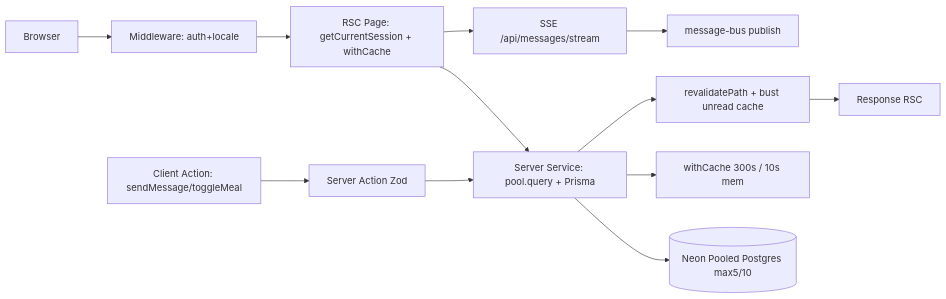
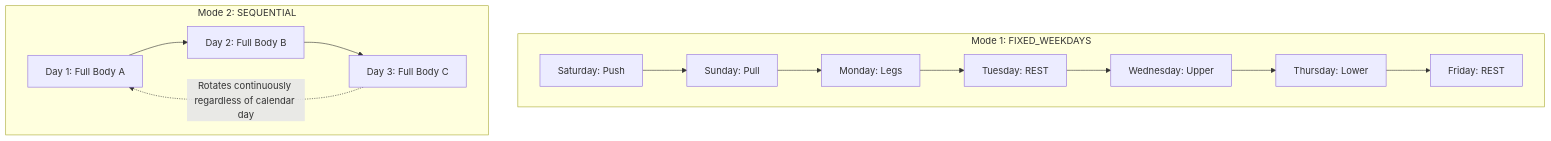
Before and after one commit to adelahmeddev/CoachFlow: the seventh of 13 diagrams in TECHNICAL.md, drawn with Mermaid. The commit also changed other lines of this file and 17 other files, not shown here.

````diff
--- a/TECHNICAL.md
+++ b/TECHNICAL.md
@@ -433,14 +784,17 @@
 ```mermaid
-flowchart LR
-  A[Browser] --> B[Middleware: auth+locale]
-  B --> C[RSC Page: getCurrentSession + withCache]
-  C --> D[Server Service: pool.query + Prisma]
-  D --> E[(Neon Pooled Postgres max5/10)]
-  D --> F[withCache 300s / 10s mem]
-  C --> G[SSE /api/messages/stream]
-  G --> H[message-bus publish]
-  I[Client Action: sendMessage/toggleMeal] --> J[Server Action Zod]
-  J --> D
-  D --> K[revalidatePath + bust unread cache]
-  K --> L[Response RSC]
+flowchart TD
+    subgraph Mode 1: FIXED_WEEKDAYS
+        F1[Saturday: Push] --> F2[Sunday: Pull]
+        F2 --> F3[Monday: Legs]
+        F3 --> F4[Tuesday: REST]
+        F4 --> F5[Wednesday: Upper]
+        F5 --> F6[Thursday: Lower]
+        F6 --> F7[Friday: REST]
+    end
+    
+    subgraph Mode 2: SEQUENTIAL
+        S1[Day 1: Full Body A] --> S2[Day 2: Full Body B]
+        S2 --> S3[Day 3: Full Body C]
+        S3 -.->|Rotates continuously regardless of calendar day| S1
+    end
 ```
````
